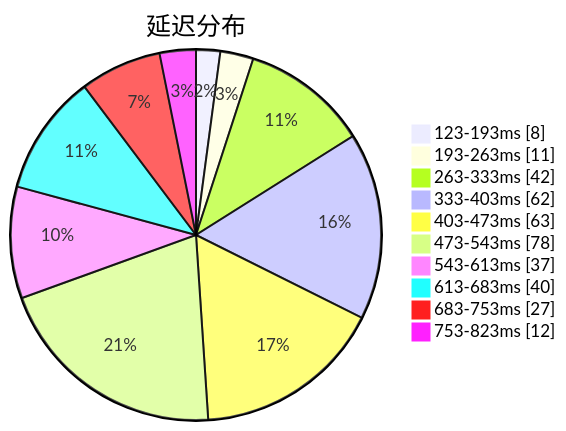
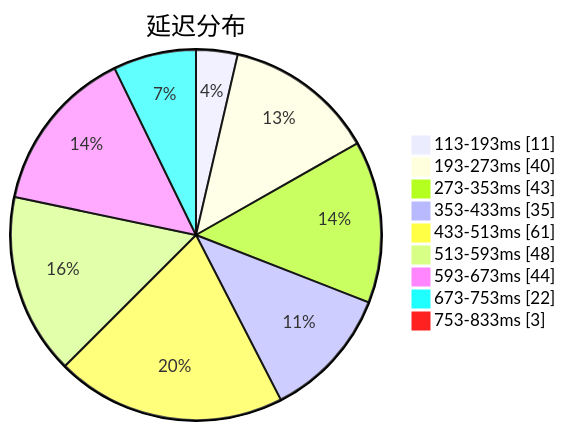
One commit to sinspired/airport changed the first of 3 diagrams in subs/statistics/tested_within.md. Above: the diagram before and after it, drawn with Mermaid. The commit also changed other lines of this file and 2 other files, not shown here.

````diff
--- a/subs/statistics/tested_within.md
+++ b/subs/statistics/tested_within.md
@@ -2,14 +2,13 @@
 ```mermaid
 pie showData
 title 延迟分布
-"123-193ms" : 8
-"193-263ms" : 11
-"263-333ms" : 42
-"333-403ms" : 62
-"403-473ms" : 63
-"473-543ms" : 78
-"543-613ms" : 37
-"613-683ms" : 40
-"683-753ms" : 27
-"753-823ms" : 12
+"113-193ms" : 11
+"193-273ms" : 40
+"273-353ms" : 43
+"353-433ms" : 35
+"433-513ms" : 61
+"513-593ms" : 48
+"593-673ms" : 44
+"673-753ms" : 22
+"753-833ms" : 3
 ```
````
